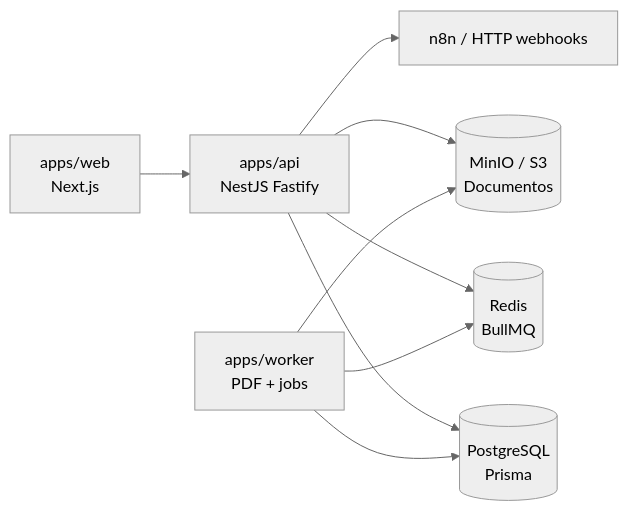
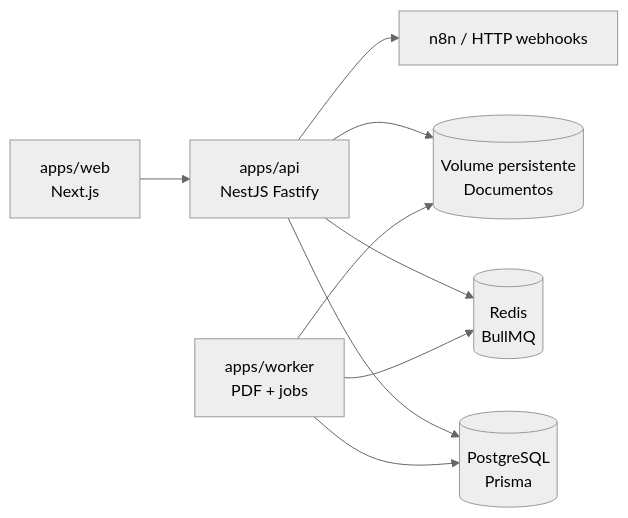
Before and after one commit to borges-br/peanutos: the first of 2 diagrams in README.md, drawn with Mermaid (neutral theme). The commit also changed other lines of this file and 95 other files, not shown here.

````diff
--- a/README.md
+++ b/README.md
@@ -35,11 +35,11 @@
 ```mermaid
 flowchart LR
   Web["apps/web<br/>Next.js"] --> API["apps/api<br/>NestJS Fastify"]
   API --> DB[("PostgreSQL<br/>Prisma")]
   API --> Redis[("Redis<br/>BullMQ")]
-  API --> S3[("MinIO / S3<br/>Documentos")]
+  API --> S3[("Volume persistente<br/>Documentos")]
   Worker["apps/worker<br/>PDF + jobs"] --> Redis
   Worker --> DB
   Worker --> S3
   API --> Webhooks["n8n / HTTP webhooks"]
 ```
````
